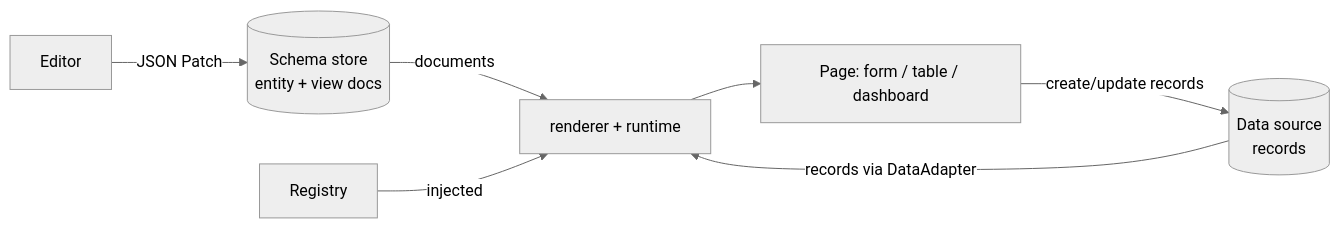
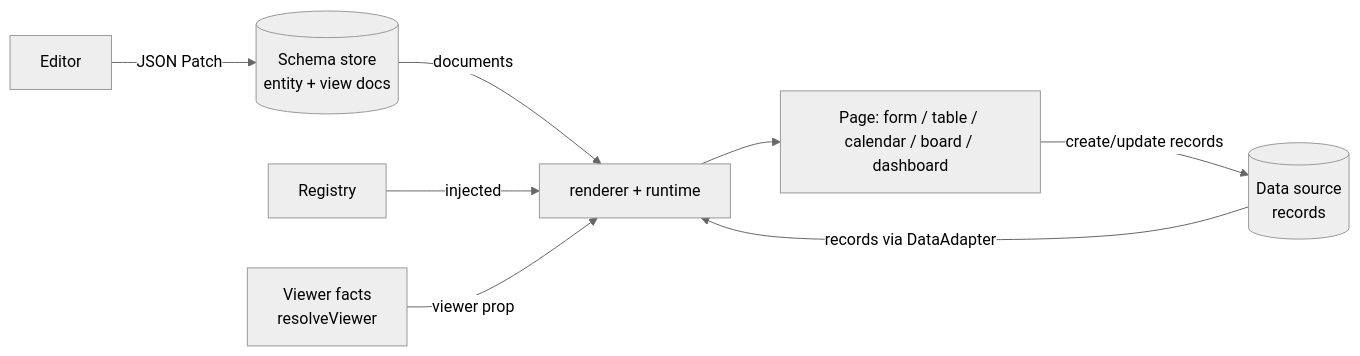
Before and after one commit to aggressive-stag/yadad: the second of 3 diagrams in ARCHITECTURE.md, drawn with Mermaid (neutral theme). The commit also changed other lines of this file, not shown here.

First line of the commit message:
docs: update ARCHITECTURE for boards, the viewer and the state grid

````diff
--- a/ARCHITECTURE.md
+++ b/ARCHITECTURE.md
@@ -97,9 +104,10 @@
 ```mermaid
 flowchart LR
   store[(Schema store<br/>entity + view docs)] -- documents --> R[renderer + runtime]
   data[(Data source<br/>records)] -- records via DataAdapter --> R
   reg[Registry] -- injected --> R
-  R --> page[Page: form / table / dashboard]
+  viewer[Viewer facts<br/>resolveViewer] -- viewer prop --> R
+  R --> page[Page: form / table / calendar / board / dashboard]
   page -- create/update records --> data
   editor[Editor] -- JSON Patch --> store
 ```
````
